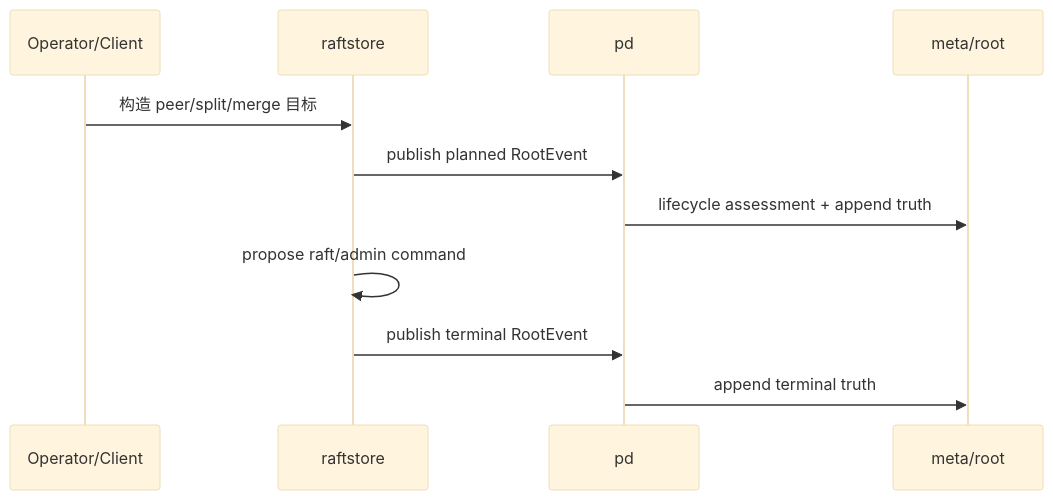
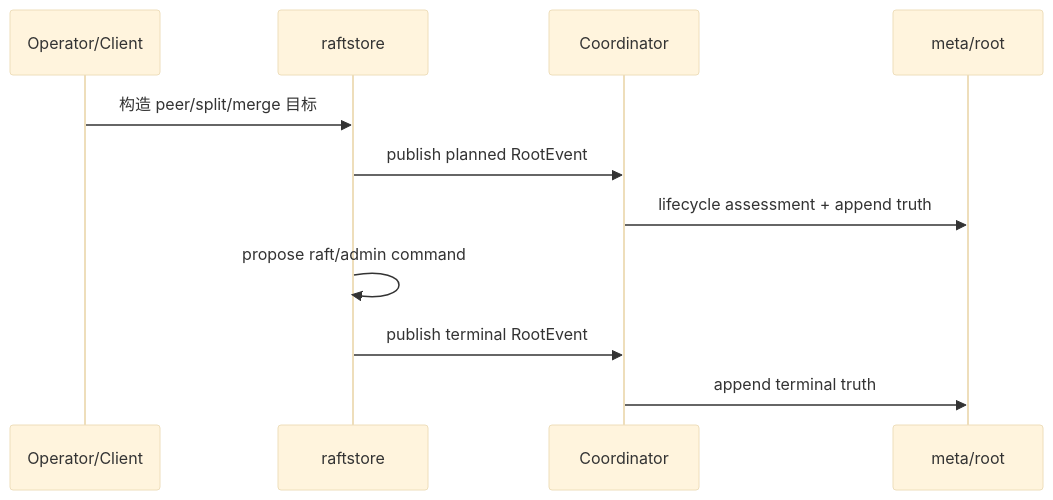
The fourth of 5 diagrams in docs/notes/2026-04-03-delos-lite-metadata-root-roadmap.md (feichai0017/NoKV), drawn with Mermaid (base theme) before and after one commit. The commit also changed other lines of this file and 14 other files, not shown here.

````diff
--- a/docs/notes/2026-04-03-delos-lite-metadata-root-roadmap.md
+++ b/docs/notes/2026-04-03-delos-lite-metadata-root-roadmap.md
@@ -484,14 +482,14 @@
 ```mermaid
 sequenceDiagram
     participant OP as Operator/Client
     participant RS as raftstore
-    participant PD as pd
+    participant Coordinator as Coordinator
     participant MR as meta/root
 
     OP->>RS: 构造 peer/split/merge 目标
-    RS->>PD: publish planned RootEvent
-    PD->>MR: lifecycle assessment + append truth
+    RS->>Coordinator: publish planned RootEvent
+    Coordinator->>MR: lifecycle assessment + append truth
     RS->>RS: propose raft/admin command
-    RS->>PD: publish terminal RootEvent
-    PD->>MR: append terminal truth
+    RS->>Coordinator: publish terminal RootEvent
+    Coordinator->>MR: append terminal truth
 ```
````
